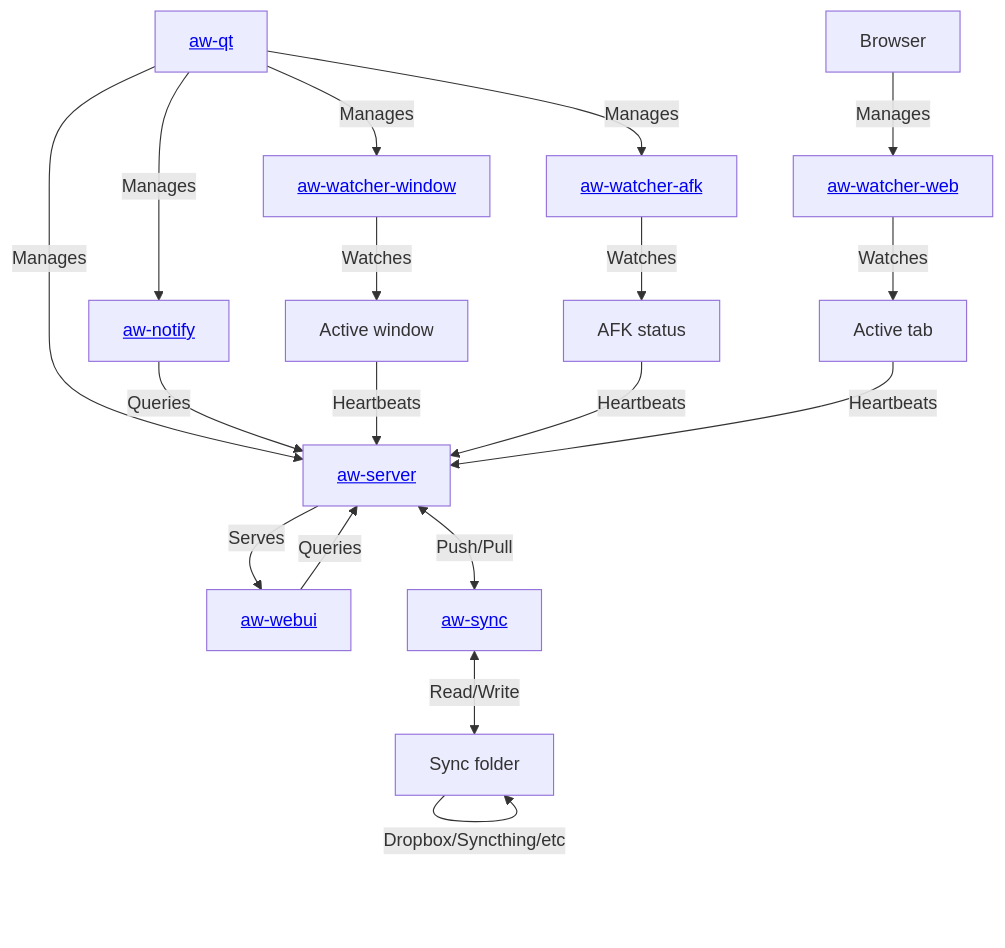
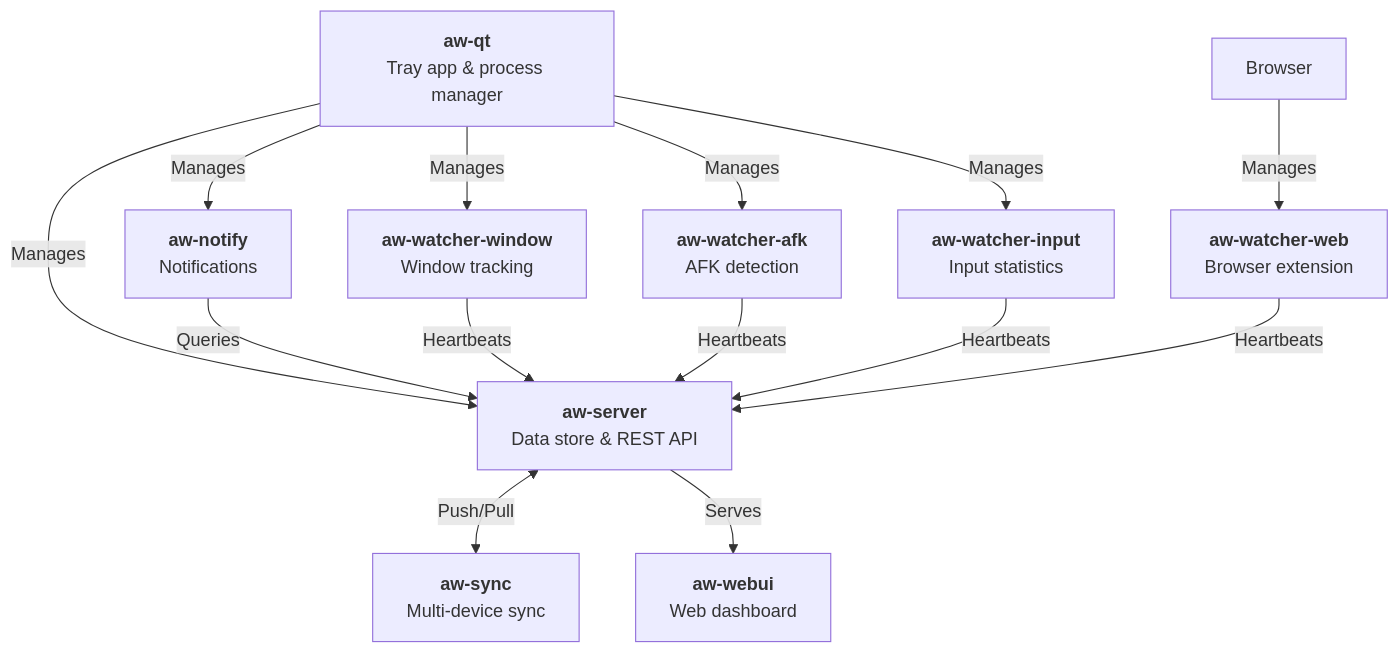
Before and after one commit to Abdulnaser97/activitywatch: the diagram in README.md, drawn with Mermaid. The commit also changed other lines of this file, not shown here.

````diff
--- a/README.md
+++ b/README.md
@@ -181,36 +139,21 @@
 ```mermaid
 graph TD;
-  aw-qt[<a href='https://github.com/ActivityWatch/aw-qt'>aw-qt</a>];
-  aw-notify[<a href='https://github.com/ActivityWatch/aw-notify'>aw-notify</a>];
-  aw-server[<a href='https://github.com/ActivityWatch/aw-server'>aw-server</a>];
-  aw-webui[<a href='https://github.com/ActivityWatch/aw-webui'>aw-webui</a>];
-  aw-watcher-window[<a href='https://github.com/ActivityWatch/aw-watcher-window'>aw-watcher-window</a>];
-  aw-watcher-afk[<a href='https://github.com/ActivityWatch/aw-watcher-afk'>aw-watcher-afk</a>];
-  aw-watcher-web[<a href='https://github.com/ActivityWatch/aw-watcher-web'>aw-watcher-web</a>];
-  aw-sync[<a href='https://github.com/ActivityWatch/aw-server-rust/tree/master/aw-sync'>aw-sync</a>];
+  aw-qt["<b>aw-qt</b><br/>Tray app & process manager"];
+  aw-notify["<b>aw-notify</b><br/>Notifications"];
+  aw-server["<b>aw-server</b><br/>Data store & REST API"];
+  aw-webui["<b>aw-webui</b><br/>Web dashboard"];
+  aw-watcher-window["<b>aw-watcher-window</b><br/>Window tracking"];
+  aw-watcher-afk["<b>aw-watcher-afk</b><br/>AFK detection"];
+  aw-watcher-web["<b>aw-watcher-web</b><br/>Browser extension"];
+  aw-watcher-input["<b>aw-watcher-input</b><br/>Input statistics"];
+  aw-sync["<b>aw-sync</b><br/>Multi-device sync"];
 
   aw-qt -- Manages --> aw-server;
   aw-qt -- Manages --> aw-notify -- Queries --> aw-server;
-  aw-qt -- Manages --> aw-watcher-window -- Watches --> S1[Active window] -- Heartbeats --> aw-server;
-  aw-qt -- Manages --> aw-watcher-afk -- Watches --> S2[AFK status] -- Heartbeats --> aw-server;
-  Browser -- Manages --> aw-watcher-web -- Watches --> S3[Active tab] -- Heartbeats --> aw-server;
-  SF -- Dropbox/Syncthing/etc --> SF;
-  aw-server <-- Push/Pull --> aw-sync <-- Read/Write --> SF[Sync folder];
-  aw-server -- Serves --> aw-webui -- Queries --> aw-server;
-
-  %% User -- Interacts --> aw-webui;
-  %% User -- Observes --> aw-notify;
-  %% User -- Interacts --> aw-qt;
-
-classDef lightMode fill:#FFFFFF, stroke:#333333, color:#333333;
-classDef darkMode fill:#333333, stroke:#FFFFFF, color:#FFFFFF;
-
-classDef lightModeLinks stroke:#333333;
-classDef darkModeLinks stroke:#FFFFFF;
-
-class A,B,C,D,E,G lightMode;
-class A,B,C,D,E,G darkMode;
-
-%% linkStyle 0 stroke:#FF4136, stroke-width:2px;
-%% linkStyle 1 stroke:#1ABC9C, stroke-width:2px;
+  aw-qt -- Manages --> aw-watcher-window -- Heartbeats --> aw-server;
+  aw-qt -- Manages --> aw-watcher-afk -- Heartbeats --> aw-server;
+  aw-qt -- Manages --> aw-watcher-input -- Heartbeats --> aw-server;
+  Browser -- Manages --> aw-watcher-web -- Heartbeats --> aw-server;
+  aw-server <-- Push/Pull --> aw-sync;
+  aw-server -- Serves --> aw-webui;
 ```
````
